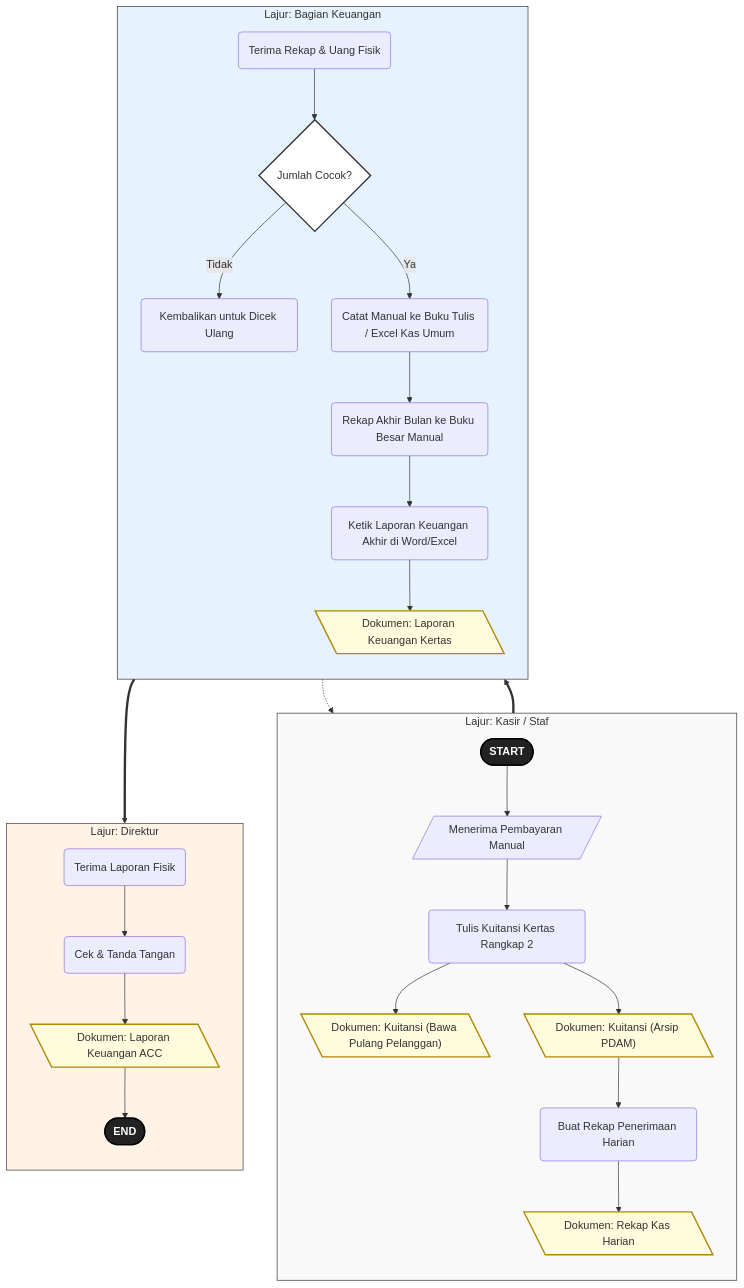
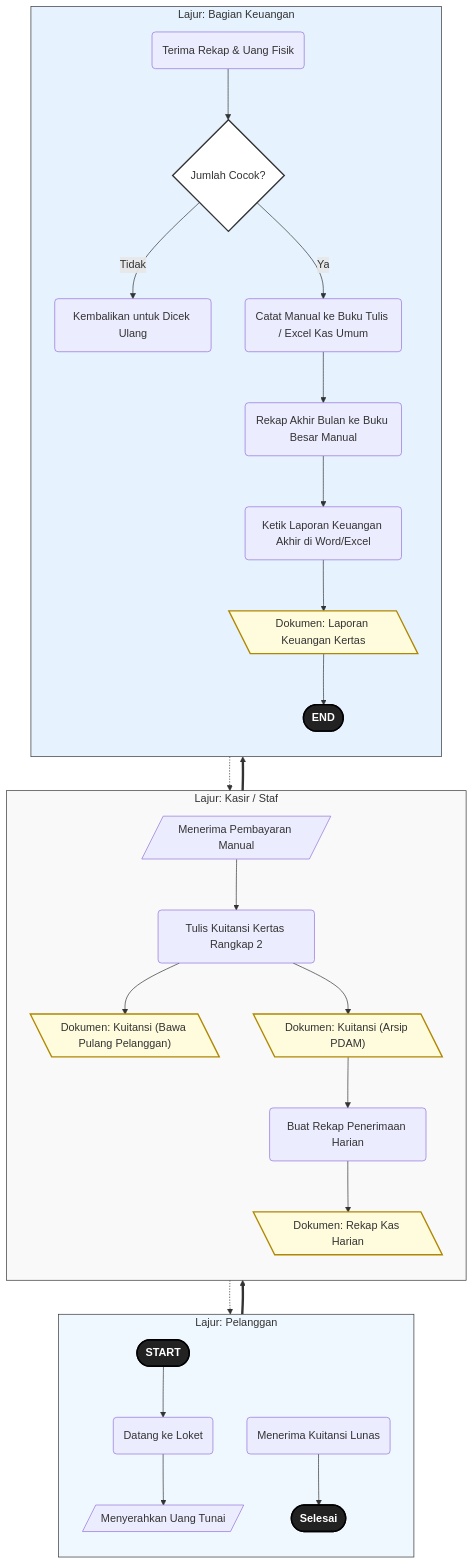
One commit to mbkmmagang26/PDAM_seruyan changed the first of 21 diagrams in ANALISIS_PERANCANGAN_SISTEM.md. Above: the diagram before and after it, drawn with Mermaid. The commit also changed other lines of this file and 1 other file, not shown here.

````diff
--- a/ANALISIS_PERANCANGAN_SISTEM.md
+++ b/ANALISIS_PERANCANGAN_SISTEM.md
@@ -10,47 +10,48 @@
 ```mermaid
 flowchart TD
+    subgraph L0 [Lajur: Pelanggan]
+        direction TB
+        S_START([START]) --> P1(Datang ke Loket)
+        P1 --> P2[/Menyerahkan Uang Tunai/]
+        P3(Menerima Kuitansi Lunas) --> P_END([Selesai])
+    end
+
     subgraph L1 [Lajur: Kasir / Staf]
         direction TB
-        S_START([START]) --> M1[/Menerima Pembayaran Manual/]
-        M1 --> M2(Tulis Kuitansi Kertas Rangkap 2)
+        M1[/Menerima Pembayaran Manual/] --> M2(Tulis Kuitansi Kertas Rangkap 2)
         M2 --> M3[\"Dokumen: Kuitansi (Bawa Pulang Pelanggan)"\]
         M2 --> M4[\"Dokumen: Kuitansi (Arsip PDAM)"\]
         M4 --> M5(Buat Rekap Penerimaan Harian)
         M5 --> M6[\"Dokumen: Rekap Kas Harian"\]
     end
 
     subgraph L2 [Lajur: Bagian Keuangan]
         direction TB
         K1(Terima Rekap & Uang Fisik) --> K2{Jumlah Cocok?}
         K2 -- Tidak --> K3(Kembalikan untuk Dicek Ulang)
         K3 -.-> M5
         K2 -- Ya --> K4(Catat Manual ke Buku Tulis / Excel Kas Umum)
         K4 --> K5(Rekap Akhir Bulan ke Buku Besar Manual)
         K5 --> K6(Ketik Laporan Keuangan Akhir di Word/Excel)
         K6 --> K7[\"Dokumen: Laporan Keuangan Kertas"\]
-    end
-
-    subgraph L3 [Lajur: Direktur]
-        direction TB
-        D1(Terima Laporan Fisik) --> D2(Cek & Tanda Tangan)
-        D2 --> D3[\"Dokumen: Laporan Keuangan ACC"\]
-        D3 --> S_END([END])
+        K7 --> K_END([END])
     end
 
     %% Hubungan Antar Lajur
+    P2 ==> M1
+    M3 -.-> P3
     M6 ==> K1
-    K7 ==> D1
 
     %% Warna Lajur & Terminal
+    style L0 fill:#f0f8ff,stroke:#333,stroke-width:1px
     style L1 fill:#f9f9f9,stroke:#333,stroke-width:1px
     style L2 fill:#e6f3ff,stroke:#333,stroke-width:1px
-    style L3 fill:#fff3e6,stroke:#333,stroke-width:1px
     style S_START fill:#222,stroke:#000,stroke-width:2px,color:#fff,font-weight:bold
-    style S_END fill:#222,stroke:#000,stroke-width:2px,color:#fff,font-weight:bold
+    style P_END fill:#222,stroke:#000,stroke-width:2px,color:#fff,font-weight:bold
+    style K_END fill:#222,stroke:#000,stroke-width:2px,color:#fff,font-weight:bold
     style K2 fill:#fff,stroke:#333,stroke-width:2px
     style M3 fill:#fffbdd,stroke:#b08800,stroke-width:2px
     style M4 fill:#fffbdd,stroke:#b08800,stroke-width:2px
     style M6 fill:#fffbdd,stroke:#b08800,stroke-width:2px
     style K7 fill:#fffbdd,stroke:#b08800,stroke-width:2px
-    style D3 fill:#fffbdd,stroke:#b08800,stroke-width:2px
 ```
````
